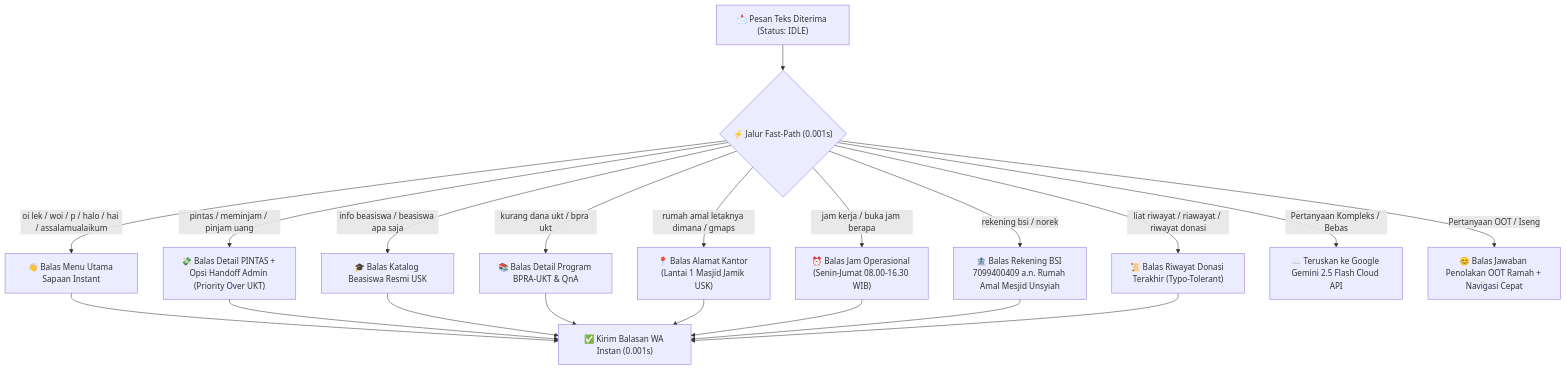
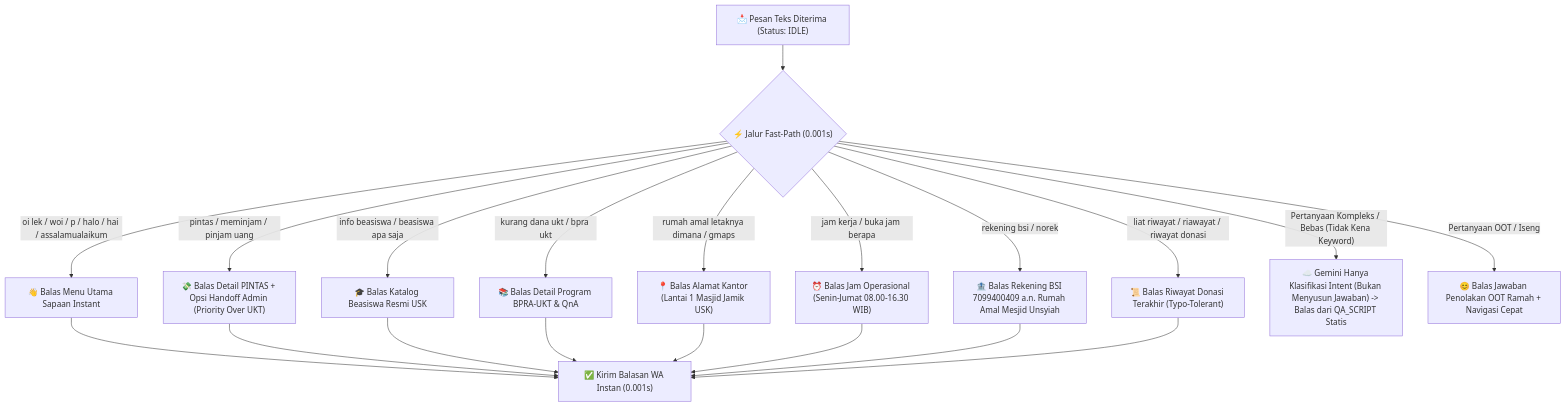
Before and after one commit to WafiJackson/Chatbot_Rumah_Amal: the fourth of 4 diagrams in README.md, drawn with Mermaid. The commit also changed other lines of this file and 9 other files, not shown here.

````diff
--- a/README.md
+++ b/README.md
@@ -166,25 +167,25 @@
 ```mermaid
 flowchart TD
     IncomingMsg["📩 Pesan Teks Diterima (Status: IDLE)"] --> FastCheck{"⚡ Jalur Fast-Path (0.001s)"}
 
     FastCheck -- "oi lek / woi / p / halo / hai / assalamualaikum" --> ResSapaan["👋 Balas Menu Utama Sapaan Instant"]
     FastCheck -- "pintas / meminjam / pinjam uang" --> ResPintas["💸 Balas Detail PINTAS + Opsi Handoff Admin (Priority Over UKT)"]
     FastCheck -- "info beasiswa / beasiswa apa saja" --> ResBeasiswa["🎓 Balas Katalog Beasiswa Resmi USK"]
     FastCheck -- "kurang dana ukt / bpra ukt" --> ResUKT["📚 Balas Detail Program BPRA-UKT & QnA"]
     FastCheck -- "rumah amal letaknya dimana / gmaps" --> ResAlamat["📍 Balas Alamat Kantor (Lantai 1 Masjid Jamik USK)"]
     FastCheck -- "jam kerja / buka jam berapa" --> ResJam["⏰ Balas Jam Operasional (Senin-Jumat 08.00-16.30 WIB)"]
     FastCheck -- "rekening bsi / norek" --> ResRek["🏦 Balas Rekening BSI 7099400409 a.n. Rumah Amal Mesjid Unsyiah"]
     FastCheck -- "liat riwayat / riawayat / riwayat donasi" --> ResRiwayat["📜 Balas Riwayat Donasi Terakhir (Typo-Tolerant)"]
 
     ResSapaan --> FinishFast["✅ Kirim Balasan WA Instan (0.001s)"]
     ResPintas --> FinishFast
     ResBeasiswa --> FinishFast
     ResUKT --> FinishFast
     ResAlamat --> FinishFast
     ResJam --> FinishFast
     ResRek --> FinishFast
     ResRiwayat --> FinishFast
 
-    FastCheck -- "Pertanyaan Kompleks / Bebas" --> LLMRoute["☁️ Teruskan ke Google Gemini 2.5 Flash Cloud API"]
+    FastCheck -- "Pertanyaan Kompleks / Bebas (Tidak Kena Keyword)" --> LLMRoute["☁️ Gemini Hanya Klasifikasi Intent (Bukan Menyusun Jawaban) -> Balas dari QA_SCRIPT Statis"]
     FastCheck -- "Pertanyaan OOT / Iseng" --> ResOOT["😊 Balas Jawaban Penolakan OOT Ramah + Navigasi Cepat"]
 ```
````
